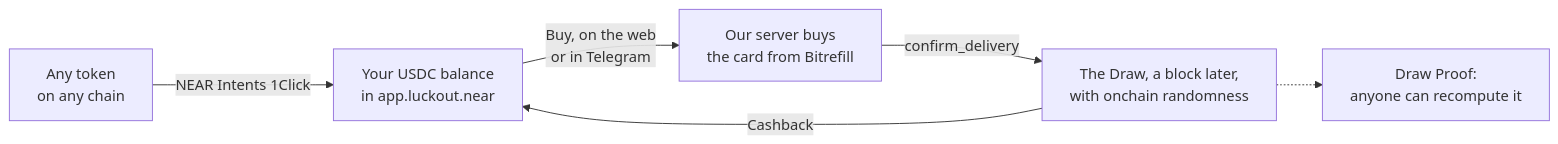
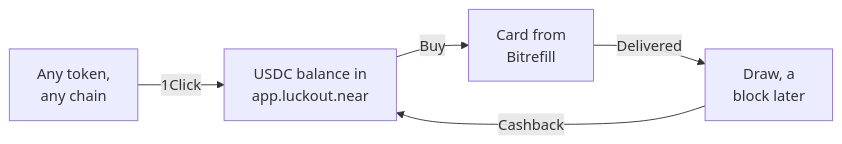
The diagram in README.md (hrsh22/luckout), drawn with Mermaid before and after one commit.

Commit message:
README: smaller flow diagram

````diff
--- a/README.md
+++ b/README.md
@@ -56,8 +56,7 @@
 ```mermaid
 flowchart LR
-  A["Any token<br/>on any chain"] -->|"NEAR Intents 1Click"| B["Your USDC balance<br/>in app.luckout.near"]
-  B -->|"Buy, on the web<br/>or in Telegram"| C["Our server buys<br/>the card from Bitrefill"]
-  C -->|"confirm_delivery"| D["The Draw, a block later,<br/>with onchain randomness"]
+  A["Any token,<br/>any chain"] -->|"1Click"| B["USDC balance in<br/>app.luckout.near"]
+  B -->|"Buy"| C["Card from<br/>Bitrefill"]
+  C -->|"Delivered"| D["Draw, a<br/>block later"]
   D -->|"Cashback"| B
-  D -.-> E["Draw Proof:<br/>anyone can recompute it"]
 ```
````
